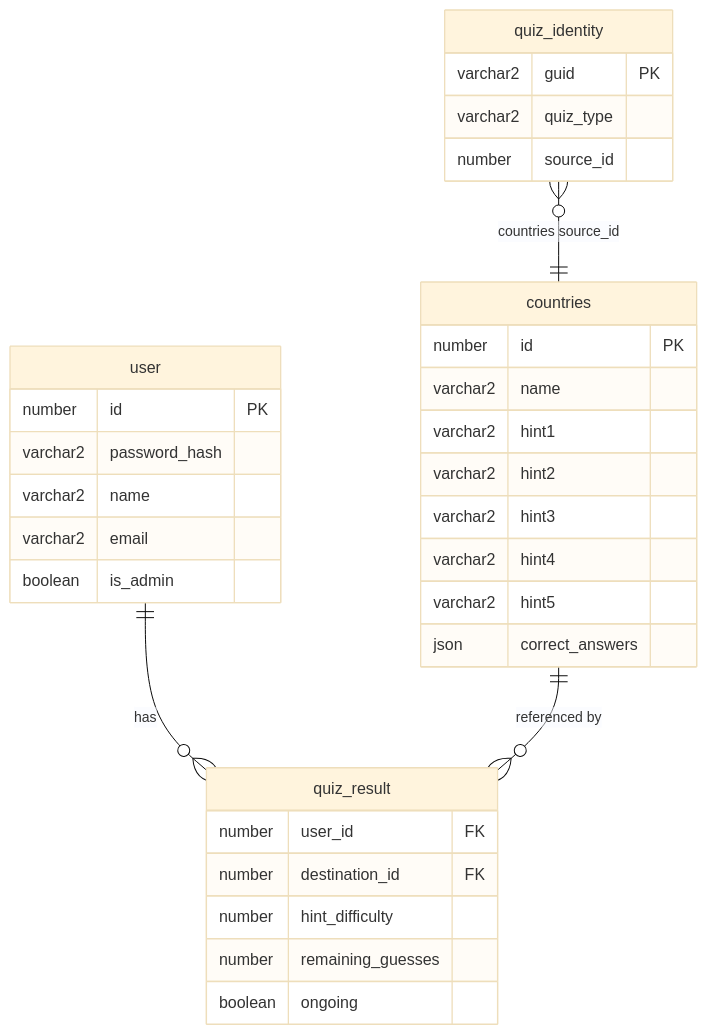
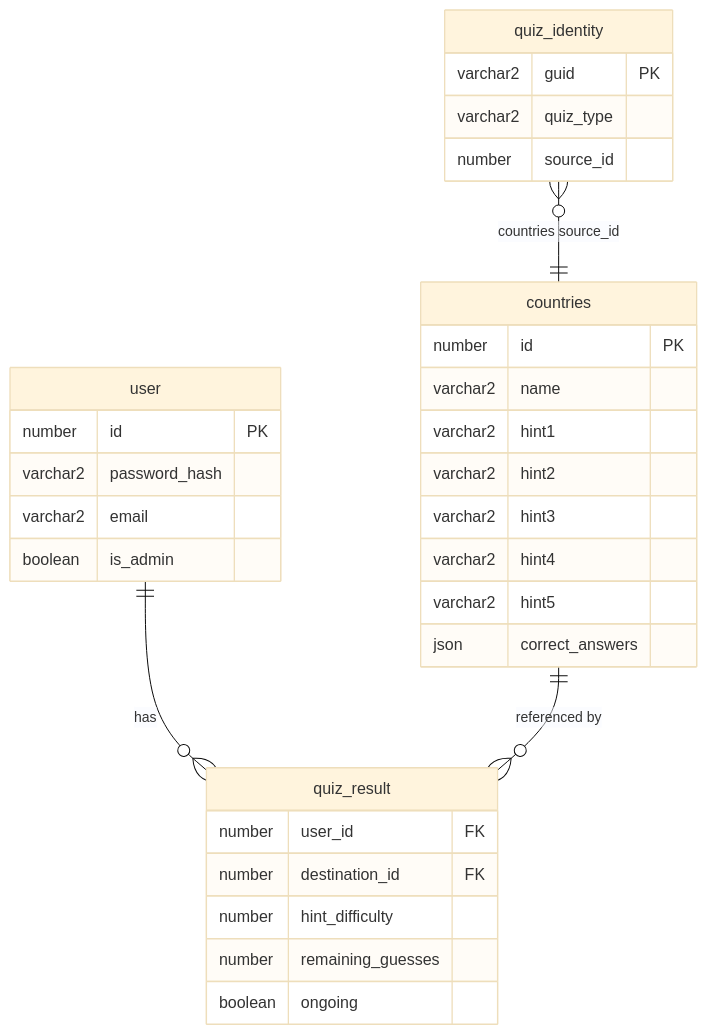
The diagram in docs/database_schema.md (fylke/quizzler), drawn with Mermaid (base theme) before and after one commit. The commit also changed 48 other files, not shown here.

````diff
--- a/docs/database_schema.md
+++ b/docs/database_schema.md
@@ -1,39 +1,38 @@
 ```mermaid
 erDiagram
     countries {
         number id PK
         varchar2 name
         varchar2 hint1
         varchar2 hint2
         varchar2 hint3
         varchar2 hint4
         varchar2 hint5
         json correct_answers
     }
 
     quiz_identity {
         varchar2 guid PK
         varchar2 quiz_type
         number source_id
     }
 
     user {
         number id PK
         varchar2 password_hash
-        varchar2 name
         varchar2 email
         boolean is_admin
     }
 
     quiz_result {
         number user_id FK
         number destination_id FK
         number hint_difficulty
         number remaining_guesses
         boolean ongoing
     }
 
     user ||--o{ quiz_result : "has"
     countries ||--o{ quiz_result : "referenced by"
     quiz_identity }o--|| countries : "countries source_id"
 ```
````
